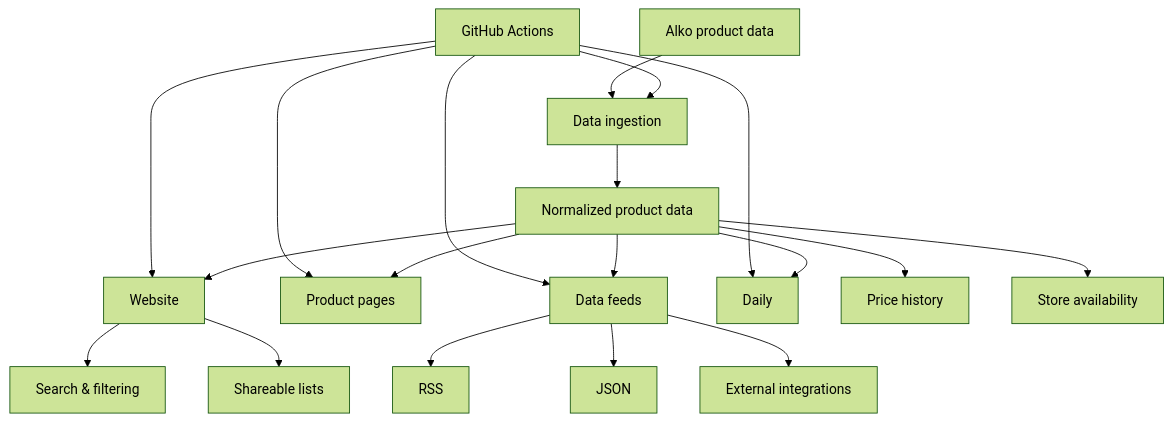
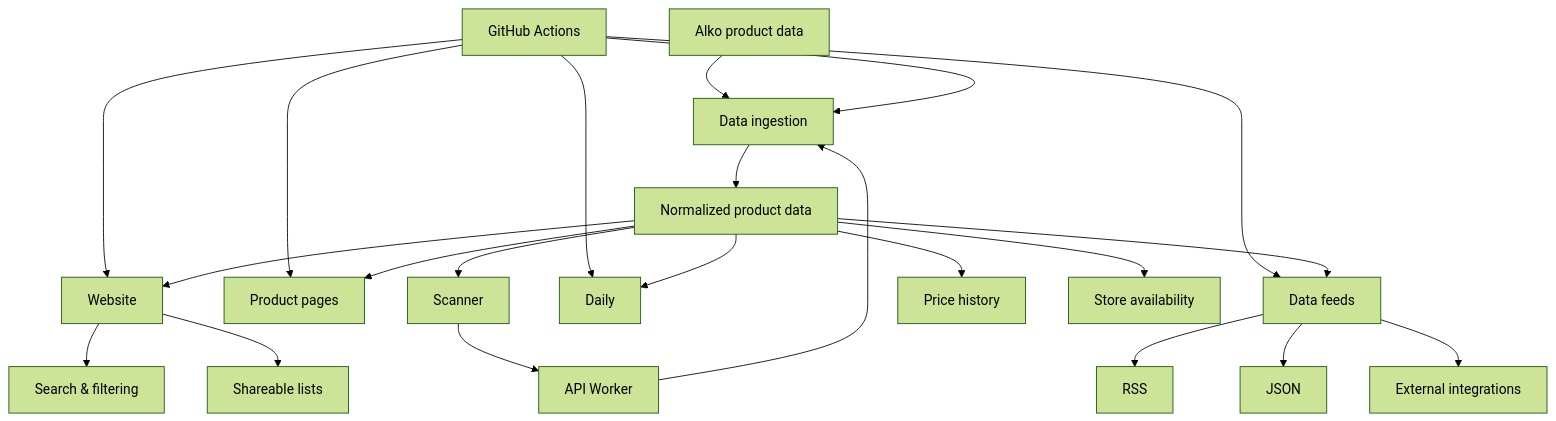
The first of 2 diagrams in README.md (leevilaukka/alkometriikka), drawn with Mermaid (forest theme) before and after one commit. The commit also changed other lines of this file and 13 other files, not shown here.

Commit message:
feat(availability): live store counts from the API Worker

````diff
--- a/README.md
+++ b/README.md
@@ -29,25 +30,29 @@
 ```mermaid
 flowchart TD
     A[Alko product data] --> B[Data ingestion]
     B --> C[Normalized product data]
 
     P[GitHub Actions] --> B
     P --> D[Website]
     P --> E[Product pages]
     P --> F[Data feeds]
     P --> I[Daily]
 
+    Q[Scanner] --> R[API Worker]
+    R --> B
+
     C --> D
+    C --> Q
     C --> E
     C --> F
     C --> G[Price history]
     C --> H[Store availability]
     C --> I[Daily]
 
     D --> J[Search & filtering]
     D --> K[Shareable lists]
 
     F --> L[RSS]
     F --> M[JSON]
     F --> N[External integrations]
 ```
````
